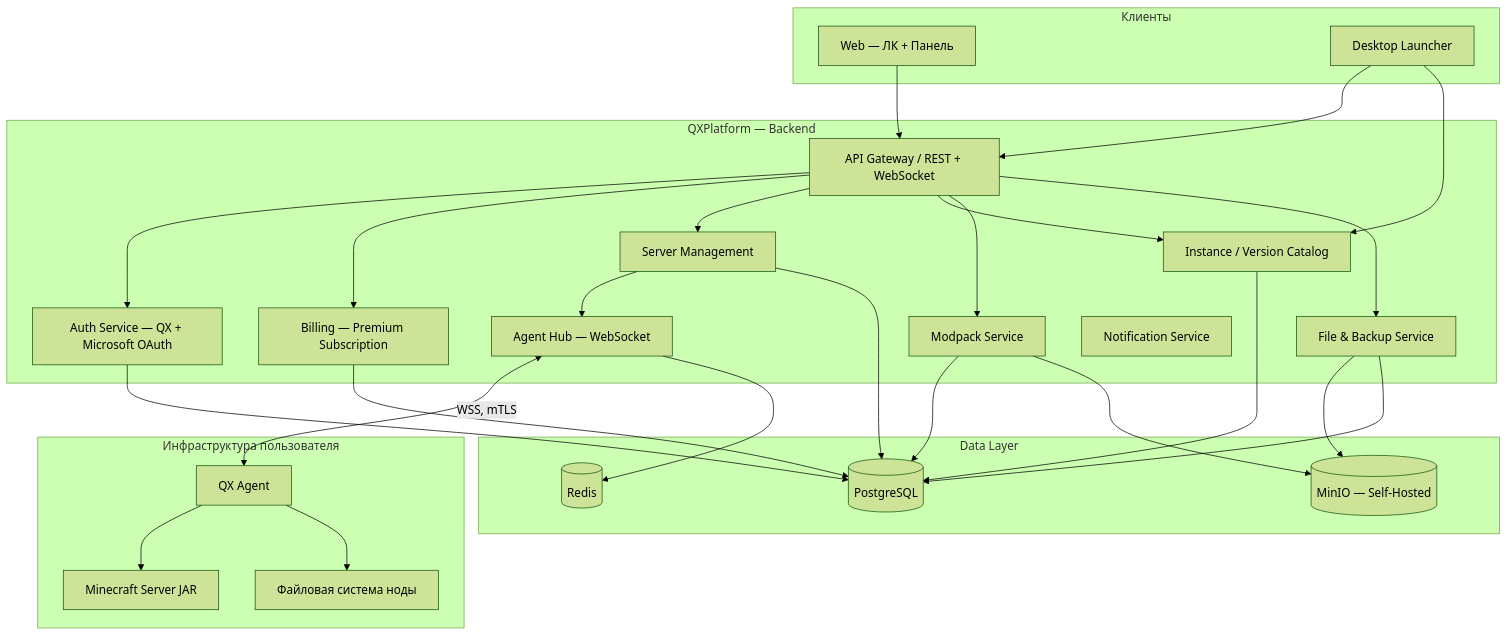
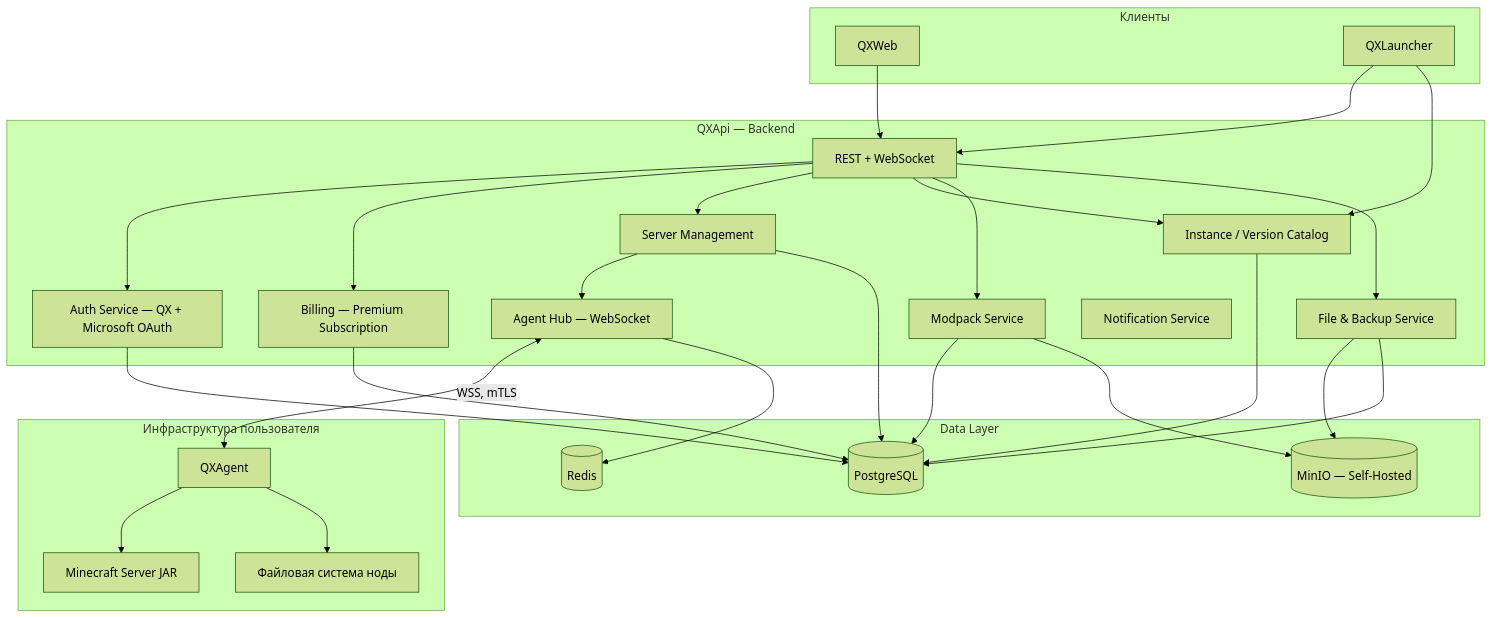
One commit to mindevis/qx-project changed the fifth of 16 diagrams in docs/architecture.md. Above: the diagram before and after it, drawn with Mermaid (forest theme). The commit also changed other lines of this file and 14 other files, not shown here.

````diff
--- a/docs/architecture.md
+++ b/docs/architecture.md
@@ -246,58 +201,58 @@
 ```mermaid
 flowchart TB
     subgraph clients [Клиенты]
-        Web[Web — ЛК + Панель]
-        Launcher[Desktop Launcher]
+        Web[QXWeb]
+        Launcher[QXLauncher]
     end
 
-    subgraph platform [QXPlatform — Backend]
-        API[API Gateway / REST + WebSocket]
+    subgraph platform [QXApi — Backend]
+        API[REST + WebSocket]
         Auth[Auth Service — QX + Microsoft OAuth]
         Billing[Billing — Premium Subscription]
         ServerMgmt[Server Management]
         InstanceSvc[Instance / Version Catalog]
         ModpackSvc[Modpack Service]
         AgentHub[Agent Hub — WebSocket]
         FileSvc[File & Backup Service]
         Notify[Notification Service]
     end
 
     subgraph data [Data Layer]
         PG[(PostgreSQL)]
         Redis[(Redis)]
         MinIO[(MinIO — Self-Hosted)]
     end
 
     subgraph remote [Инфраструктура пользователя]
-        Agent[QX Agent]
+        Agent[QXAgent]
         MCServer[Minecraft Server JAR]
         NodeFS[Файловая система ноды]
     end
 
     Web --> API
     Launcher --> API
     Launcher --> InstanceSvc
 
     API --> Auth
     API --> Billing
     API --> ServerMgmt
     API --> InstanceSvc
     API --> ModpackSvc
     API --> FileSvc
 
     ServerMgmt --> AgentHub
     AgentHub <-->|WSS, mTLS| Agent
 
     Agent --> MCServer
     Agent --> NodeFS
 
     Auth --> PG
     Billing --> PG
     ServerMgmt --> PG
     InstanceSvc --> PG
     ModpackSvc --> PG
     ModpackSvc --> MinIO
     AgentHub --> Redis
     FileSvc --> MinIO
     FileSvc --> PG
 ```
````
